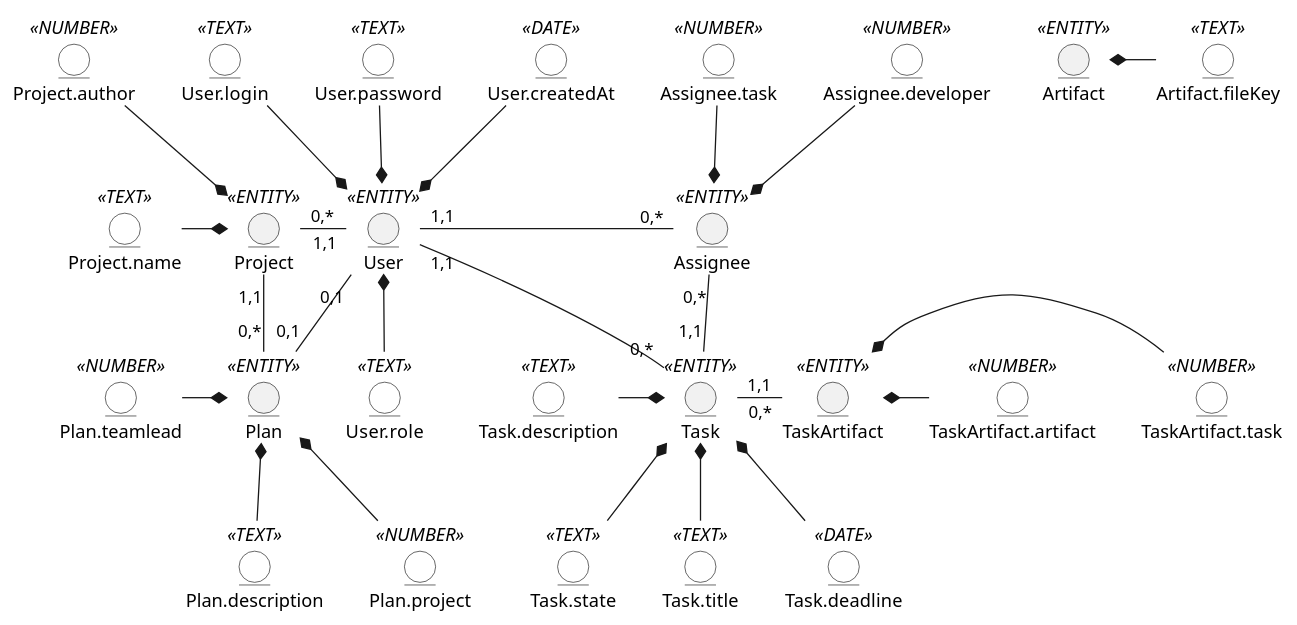
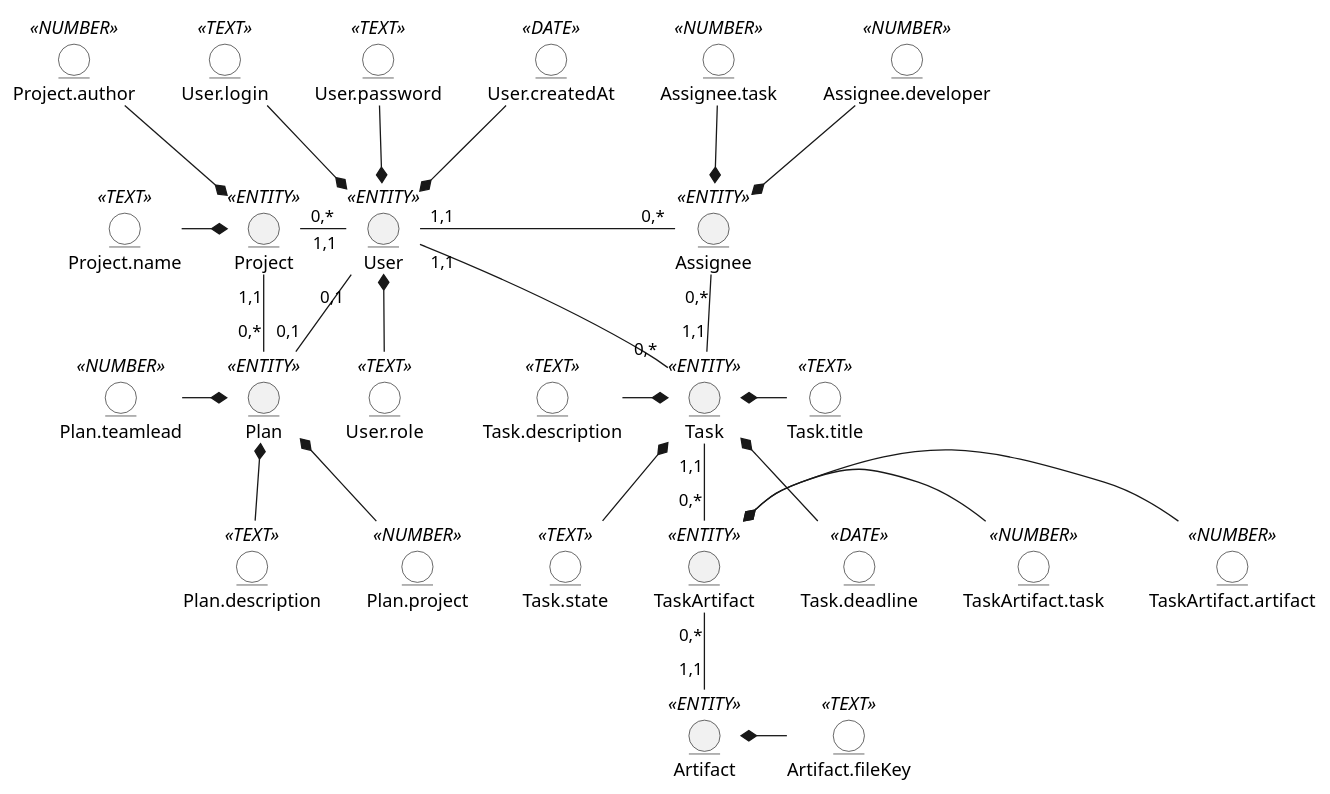
Before and after one commit to vtarasiuk/proj-control: the first of 2 diagrams in docs/design/README.md, drawn with PlantUML.

Commit message:
fix: eliminate bug with diagram

```diff
--- a/docs/design/README.md
+++ b/docs/design/README.md
@@ -12,71 +12,72 @@
   @startuml
   
   entity Project <<ENTITY>>
   entity Project.name <<TEXT>> #ffffff
   entity Project.author <<NUMBER>> #ffffff
 
   entity User <<ENTITY>>
   entity User.login <<TEXT>> #ffffff
   entity User.password <<TEXT>> #ffffff
   entity User.createdAt <<DATE>> #ffffff
   entity User.role <<TEXT>> #ffffff
   
   entity Plan <<ENTITY>>
   entity Plan.description <<TEXT>> #ffffff
   entity Plan.project <<NUMBER>> #ffffff
   entity Plan.teamlead <<NUMBER>> #ffffff
 
   entity Task <<ENTITY>>
   entity Task.title <<TEXT>> #ffffff
   entity Task.description <<TEXT>> #ffffff
   entity Task.deadline <<DATE>> #ffffff
   entity Task.state <<TEXT>> #ffffff
 
   entity Assignee <<ENTITY>>
   entity Assignee.task <<NUMBER>> #ffffff
   entity Assignee.developer <<NUMBER>> #ffffff
 
   entity TaskArtifact <<ENTITY>>
   entity TaskArtifact.task <<NUMBER>> #ffffff
   entity TaskArtifact.artifact <<NUMBER>> #ffffff
 
   entity Artifact <<ENTITY>>
   entity Artifact.fileKey <<TEXT>> #ffffff
 
 
   Project.name -r-* Project
   Project.author -d-* Project
 
   User.login -d-* User
   User.password -d-* User
   User.createdAt -d-* User
   User.role -u-* User
 
   Plan.description -u-* Plan
   Plan.project -u-* Plan
   Plan.teamlead -r-* Plan
 
-  Task.title -u-* Task
+  Task.title -l-* Task
   Task.description -r-* Task
   Task.deadline -u-* Task
   Task.state -u-* Task
 
   Assignee.task -d-* Assignee
   Assignee.developer -d-* Assignee
 
   TaskArtifact.task -l-* TaskArtifact
   TaskArtifact.artifact -l-* TaskArtifact
 
   Artifact.fileKey -l-* Artifact
 
 
   Project "0,*" -r- "1,1" User
   Project "1,1" -d- "0,*" Plan
   Plan "0,1" -u- "0,1" User
   User "1,1" -r- "0,*" Task
   User "1,1" -r- "0,*" Assignee
   Assignee "0,*" -d- "1,1" Task
-  Task "1,1" -r- "0,*" TaskArtifact
+  Task "1,1" -d- "0,*" TaskArtifact
+  TaskArtifact "0,*" -- "1,1" Artifact
 
 
   @enduml
```
